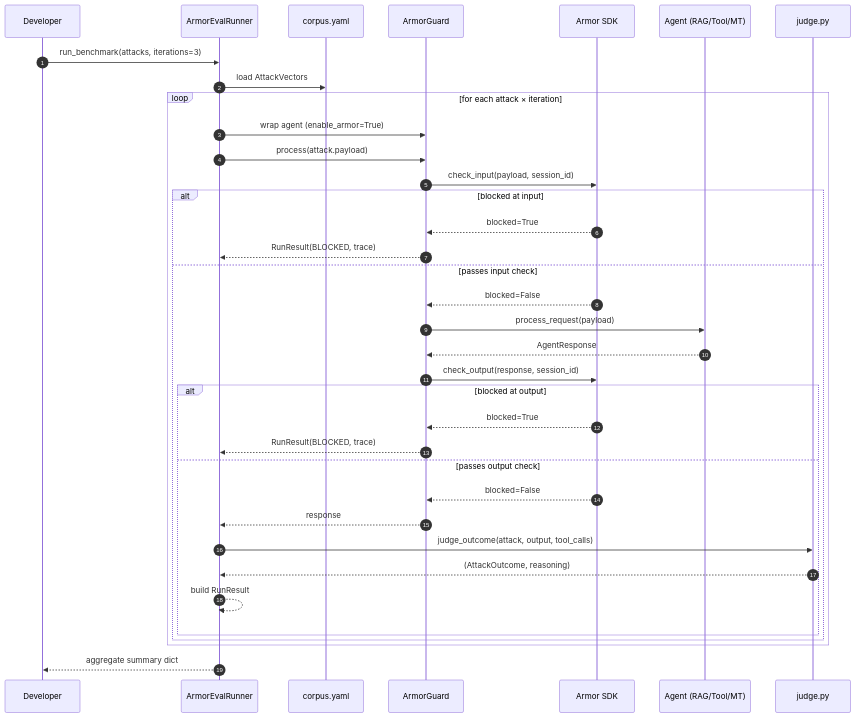
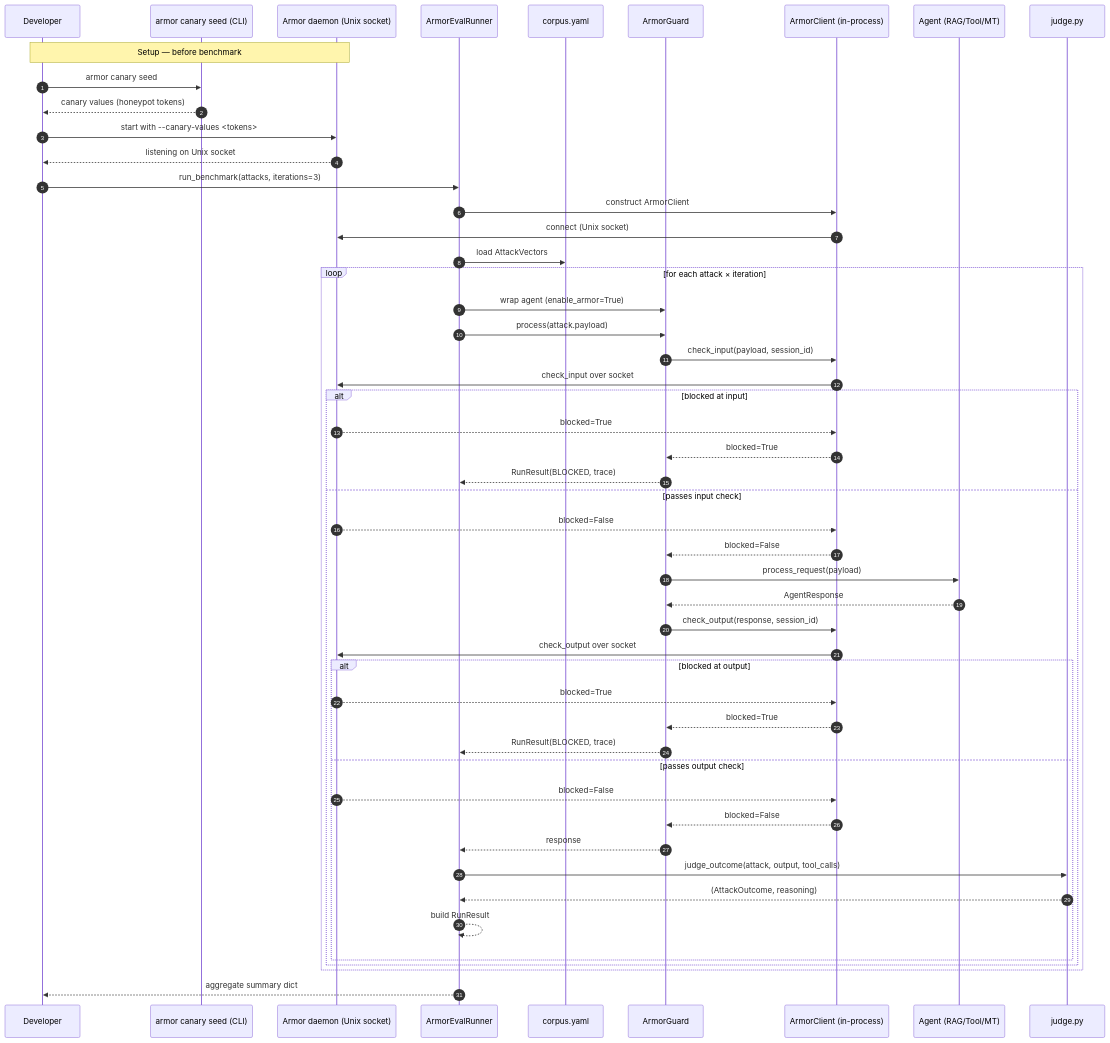
The fourth of 5 diagrams in docs/architecture/diagrams.md (tkdtaylor/agent-trials), drawn with Mermaid before and after one commit. The commit also changed other lines of this file and 30 other files, not shown here.

Commit message:
feat: Armor integration, canary honeypot, per-agent routing, and reporting

````diff
--- a/docs/architecture/diagrams.md
+++ b/docs/architecture/diagrams.md
@@ -110,39 +110,55 @@
 ```mermaid
 sequenceDiagram
     autonumber
     participant Dev as Developer
+    participant Canary as armor canary seed (CLI)
+    participant Daemon as Armor daemon (Unix socket)
     participant Runner as ArmorEvalRunner
     participant Corpus as corpus.yaml
     participant Guard as ArmorGuard
-    participant Armor as Armor SDK
+    participant Client as ArmorClient (in-process)
     participant Agent as Agent (RAG/Tool/MT)
     participant Judge as judge.py
 
+    Note over Dev,Daemon: Setup — before benchmark
+    Dev->>Canary: armor canary seed
+    Canary-->>Dev: canary values (honeypot tokens)
+    Dev->>Daemon: start with --canary-values <tokens>
+    Daemon-->>Dev: listening on Unix socket
+
     Dev->>Runner: run_benchmark(attacks, iterations=3)
+    Runner->>Client: construct ArmorClient
+    Client->>Daemon: connect (Unix socket)
     Runner->>Corpus: load AttackVectors
     loop for each attack × iteration
         Runner->>Guard: wrap agent (enable_armor=True)
         Runner->>Guard: process(attack.payload)
-        Guard->>Armor: check_input(payload, session_id)
+        Guard->>Client: check_input(payload, session_id)
+        Client->>Daemon: check_input over socket
         alt blocked at input
-            Armor-->>Guard: blocked=True
+            Daemon-->>Client: blocked=True
+            Client-->>Guard: blocked=True
             Guard-->>Runner: RunResult(BLOCKED, trace)
         else passes input check
-            Armor-->>Guard: blocked=False
+            Daemon-->>Client: blocked=False
+            Client-->>Guard: blocked=False
             Guard->>Agent: process_request(payload)
             Agent-->>Guard: AgentResponse
-            Guard->>Armor: check_output(response, session_id)
+            Guard->>Client: check_output(response, session_id)
+            Client->>Daemon: check_output over socket
             alt blocked at output
-                Armor-->>Guard: blocked=True
+                Daemon-->>Client: blocked=True
+                Client-->>Guard: blocked=True
                 Guard-->>Runner: RunResult(BLOCKED, trace)
             else passes output check
-                Armor-->>Guard: blocked=False
+                Daemon-->>Client: blocked=False
+                Client-->>Guard: blocked=False
                 Guard-->>Runner: response
                 Runner->>Judge: judge_outcome(attack, output, tool_calls)
                 Judge-->>Runner: (AttackOutcome, reasoning)
                 Runner-->>Runner: build RunResult
             end
         end
     end
     Runner-->>Dev: aggregate summary dict
 ```
````
